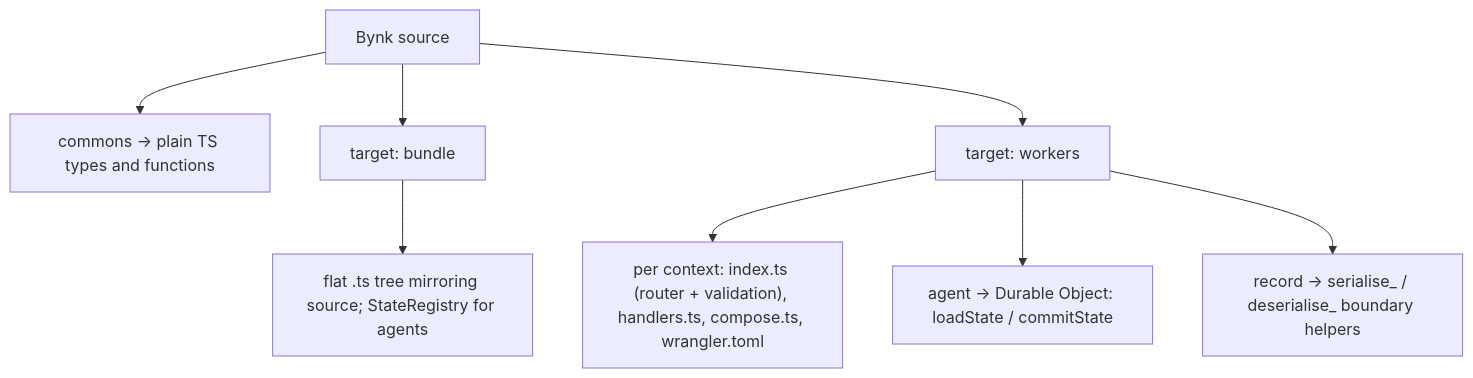
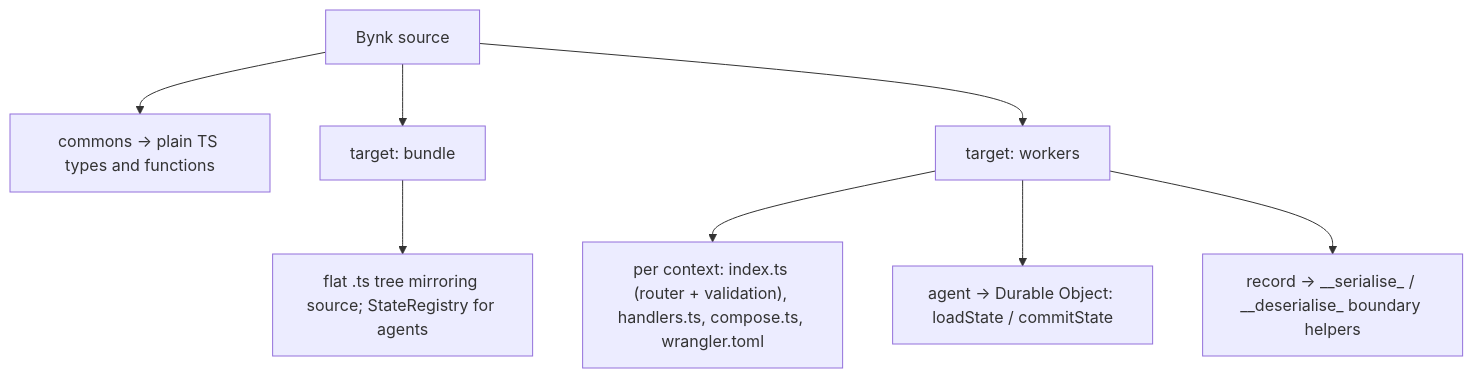
Before and after one commit to accuser/bynk: the diagram in site/src/content/docs/docs/emission.md, drawn with Mermaid. The commit also changed other lines of this file and 966 other files, not shown here.

````diff
--- a/site/src/content/docs/docs/emission.md
+++ b/site/src/content/docs/docs/emission.md
@@ -36,10 +36,10 @@
 ```mermaid
 flowchart TD
   src["Bynk source"] --> cm["commons → plain TS types and functions"]
   src --> b["target: bundle"]
   src --> w["target: workers"]
   b --> bt["flat .ts tree mirroring source; StateRegistry for agents"]
   w --> wf["per context: index.ts (router + validation), handlers.ts, compose.ts, wrangler.toml"]
   w --> wa["agent → Durable Object: loadState / commitState"]
-  w --> wr["record → serialise_ / deserialise_ boundary helpers"]
+  w --> wr["record → __serialise_ / __deserialise_ boundary helpers"]
 ```
````
